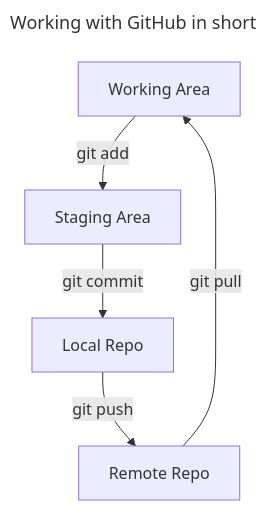
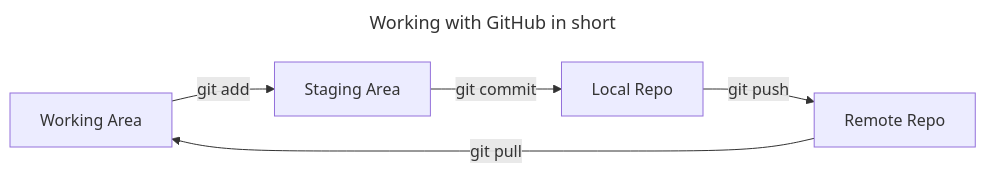
The diagram in readme.md (neweracy/GitHub), drawn with Mermaid before and after one commit. The commit also changed 1 other file, not shown here.

````diff
--- a/readme.md
+++ b/readme.md
@@ -42,15 +42,15 @@
 ``` mermaid
 ---
 title: Working with GitHub in short
 ---
 
 
-graph TD
+graph LR
 
 A[Working Area]-->|git add| B[Staging Area]
 B-->|git commit| c[Local Repo]
 c-->|git push| d[Remote Repo]
 d-->|git pull| A
 
 
 ```
````
